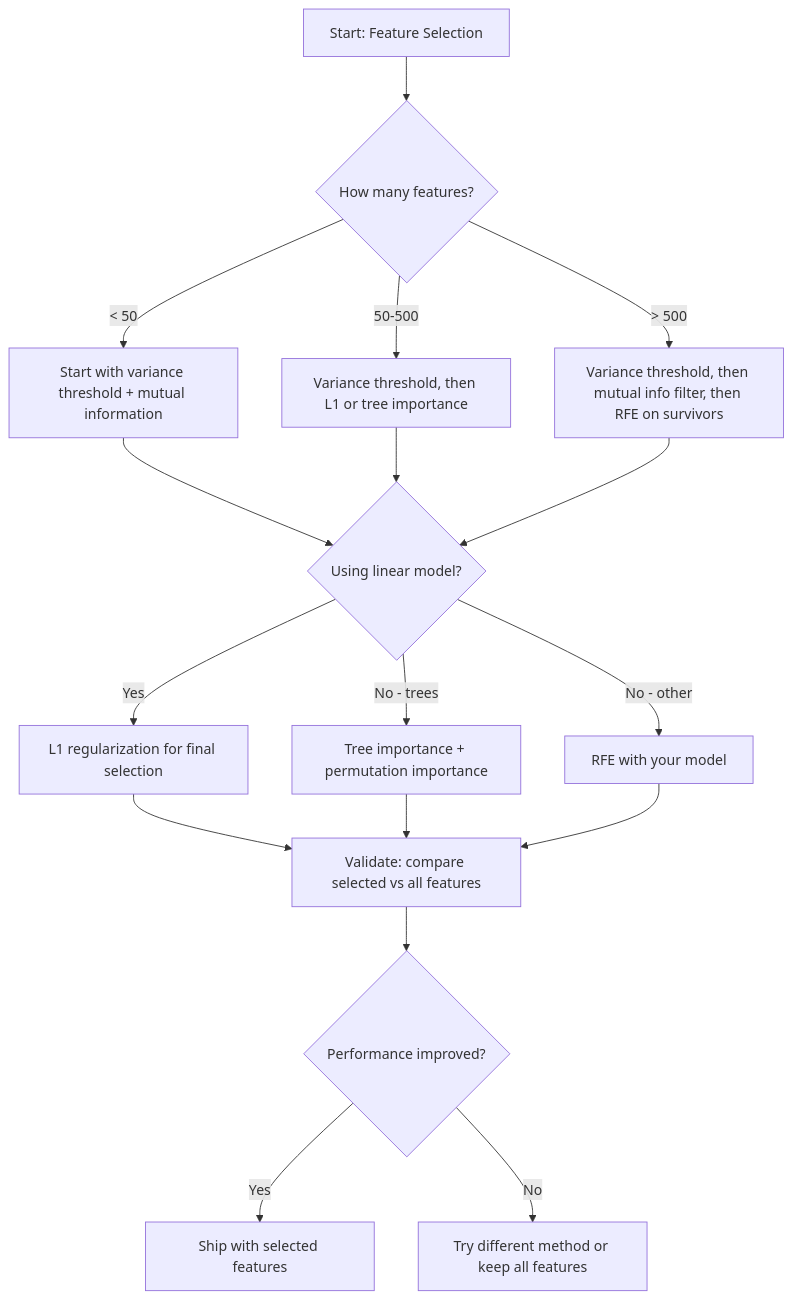
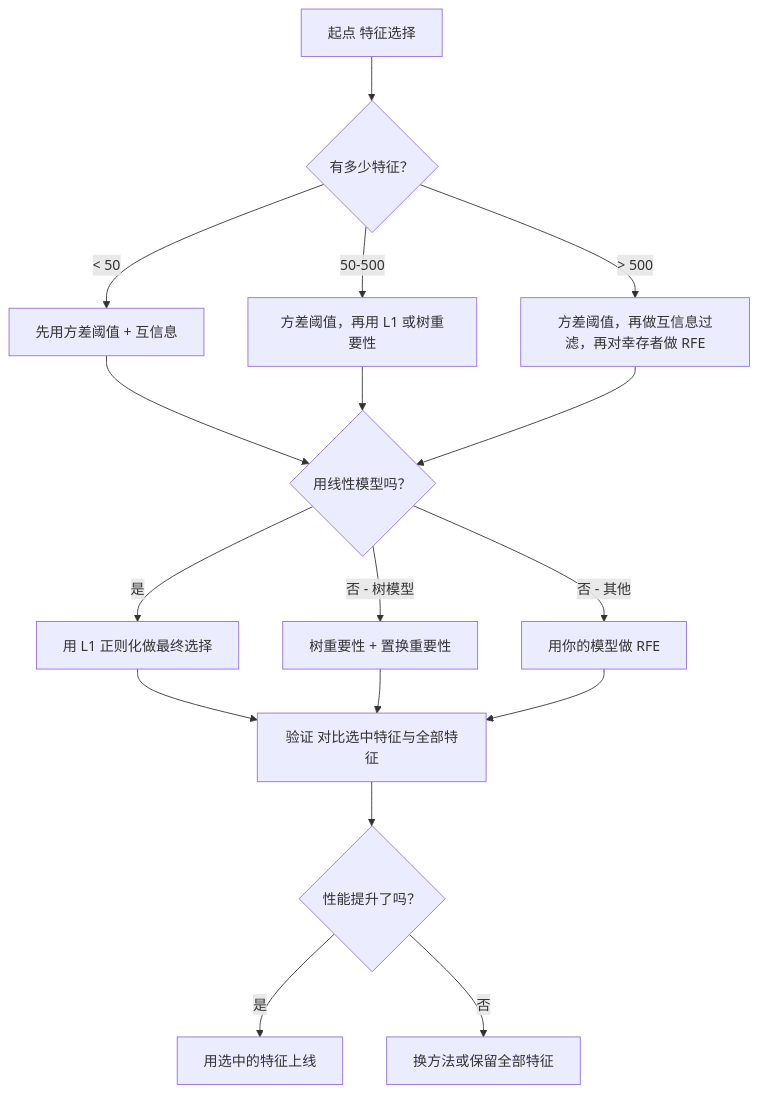
One commit to JerryC8080/ai-engineering-from-scratch-zh changed the fourth of 4 diagrams in phases/02-ml-fundamentals/18-feature-selection/docs/zh.md. Above: the diagram before and after it, drawn with Mermaid. The commit also changed other lines of this file and 156 other files, not shown here.

First line of the commit message:
i18n(zh): translate mermaid diagram labels in 157 lesson zh.md

````diff
--- a/phases/02-ml-fundamentals/18-feature-selection/docs/zh.md
+++ b/phases/02-ml-fundamentals/18-feature-selection/docs/zh.md
@@ -183,23 +183,23 @@
 ```mermaid
 flowchart TD
-    A[Start: Feature Selection] --> B{How many features?}
-    B -->|"< 50"| C["Start with variance threshold + mutual information"]
-    B -->|"50-500"| D["Variance threshold, then L1 or tree importance"]
-    B -->|"> 500"| E["Variance threshold, then mutual info filter, then RFE on survivors"]
+    A[起点 特征选择] --> B{有多少特征？}
+    B -->|"< 50"| C["先用方差阈值 + 互信息"]
+    B -->|"50-500"| D["方差阈值，再用 L1 或树重要性"]
+    B -->|"> 500"| E["方差阈值，再做互信息过滤，再对幸存者做 RFE"]
 
-    C --> F{Using linear model?}
+    C --> F{用线性模型吗？}
     D --> F
     E --> F
 
-    F -->|Yes| G["L1 regularization for final selection"]
-    F -->|No - trees| H["Tree importance + permutation importance"]
-    F -->|No - other| I["RFE with your model"]
+    F -->|是| G["用 L1 正则化做最终选择"]
+    F -->|否 - 树模型| H["树重要性 + 置换重要性"]
+    F -->|否 - 其他| I["用你的模型做 RFE"]
 
-    G --> J[Validate: compare selected vs all features]
+    G --> J[验证 对比选中特征与全部特征]
     H --> J
     I --> J
 
-    J --> K{Performance improved?}
-    K -->|Yes| L["Ship with selected features"]
-    K -->|No| M["Try different method or keep all features"]
+    J --> K{性能提升了吗？}
+    K -->|是| L["用选中的特征上线"]
+    K -->|否| M["换方法或保留全部特征"]
 ```
````
